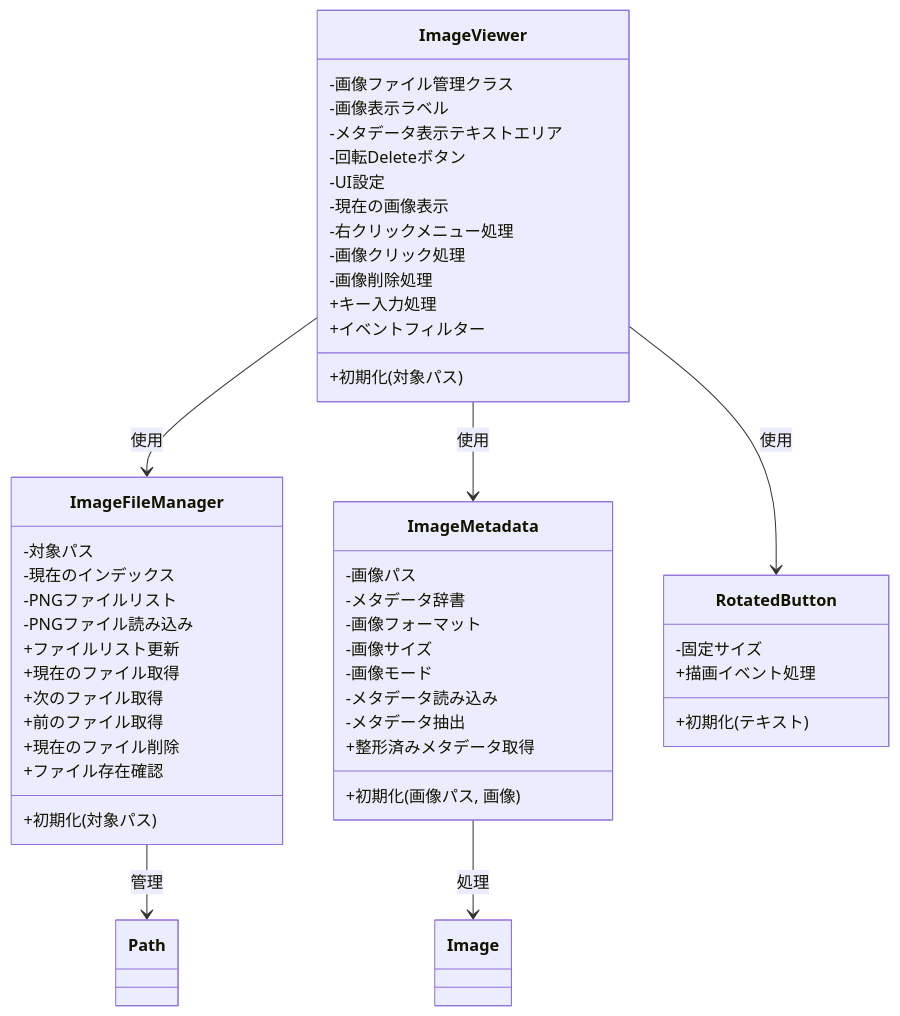
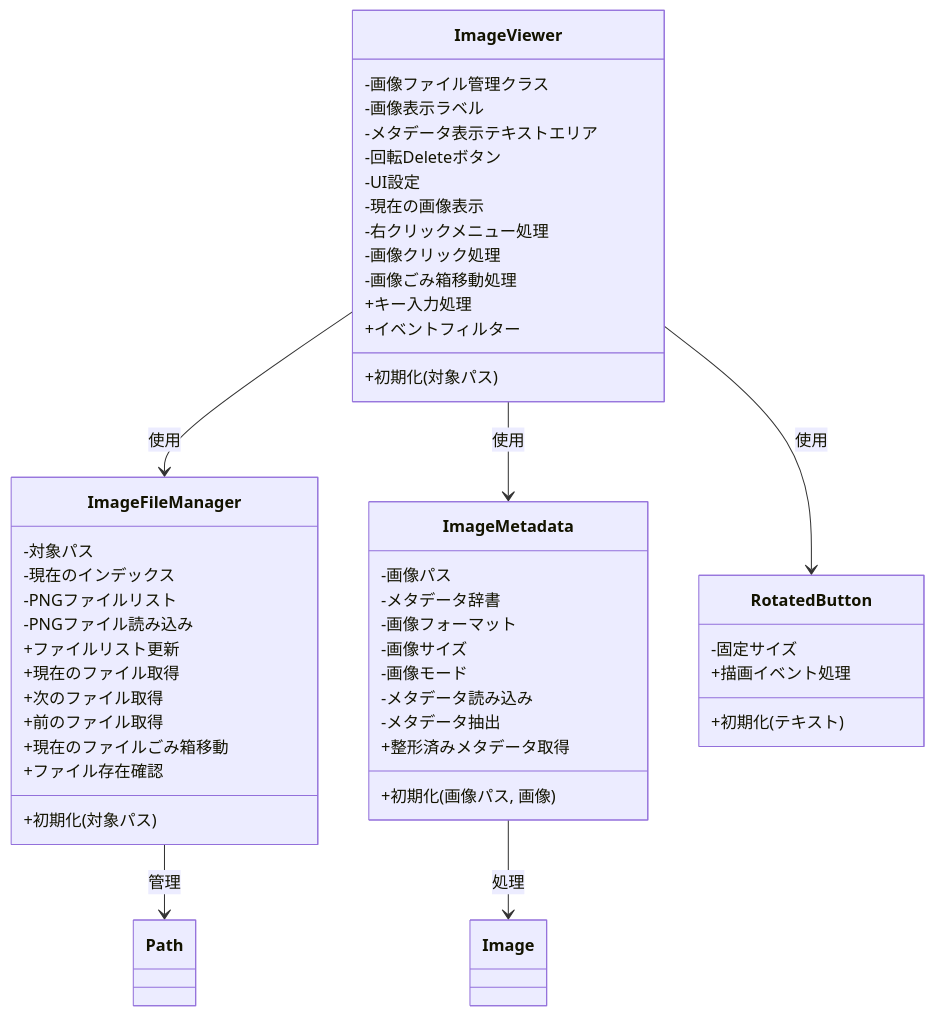
The diagram in README.md (Her-Sun/MetadataChecker), drawn with Mermaid before and after one commit. The commit also changed other lines of this file and 2 other files, not shown here.

````diff
--- a/README.md
+++ b/README.md
@@ -21,55 +21,55 @@
 ```mermaid
 classDiagram
     class ImageViewer {
         -画像ファイル管理クラス
         -画像表示ラベル
         -メタデータ表示テキストエリア
         -回転Deleteボタン
         +初期化(対象パス)
         -UI設定
         -現在の画像表示
         -右クリックメニュー処理
         -画像クリック処理
-        -画像削除処理
+        -画像ごみ箱移動処理
         +キー入力処理
         +イベントフィルター
     }
 
     class ImageFileManager {
         -対象パス
         -現在のインデックス
         -PNGファイルリスト
         +初期化(対象パス)
         -PNGファイル読み込み
         +ファイルリスト更新
         +現在のファイル取得
         +次のファイル取得
         +前のファイル取得
-        +現在のファイル削除
+        +現在のファイルごみ箱移動
         +ファイル存在確認
     }
 
     class ImageMetadata {
         -画像パス
         -メタデータ辞書
         -画像フォーマット
         -画像サイズ
         -画像モード
         +初期化(画像パス, 画像)
         -メタデータ読み込み
         -メタデータ抽出
         +整形済みメタデータ取得
     }
 
     class RotatedButton {
         -固定サイズ
         +初期化(テキスト)
         +描画イベント処理
     }
 
     ImageViewer --> ImageFileManager : 使用
     ImageViewer --> ImageMetadata : 使用
     ImageViewer --> RotatedButton : 使用
     ImageFileManager --> Path : 管理
     ImageMetadata --> Image : 処理
 ```
````
